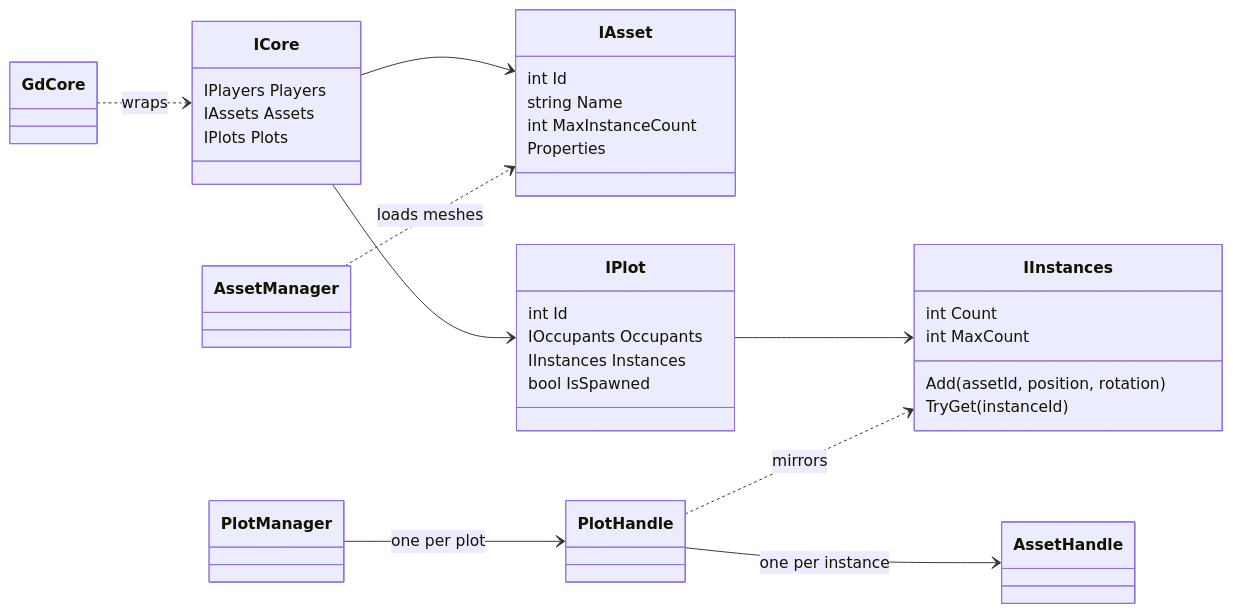
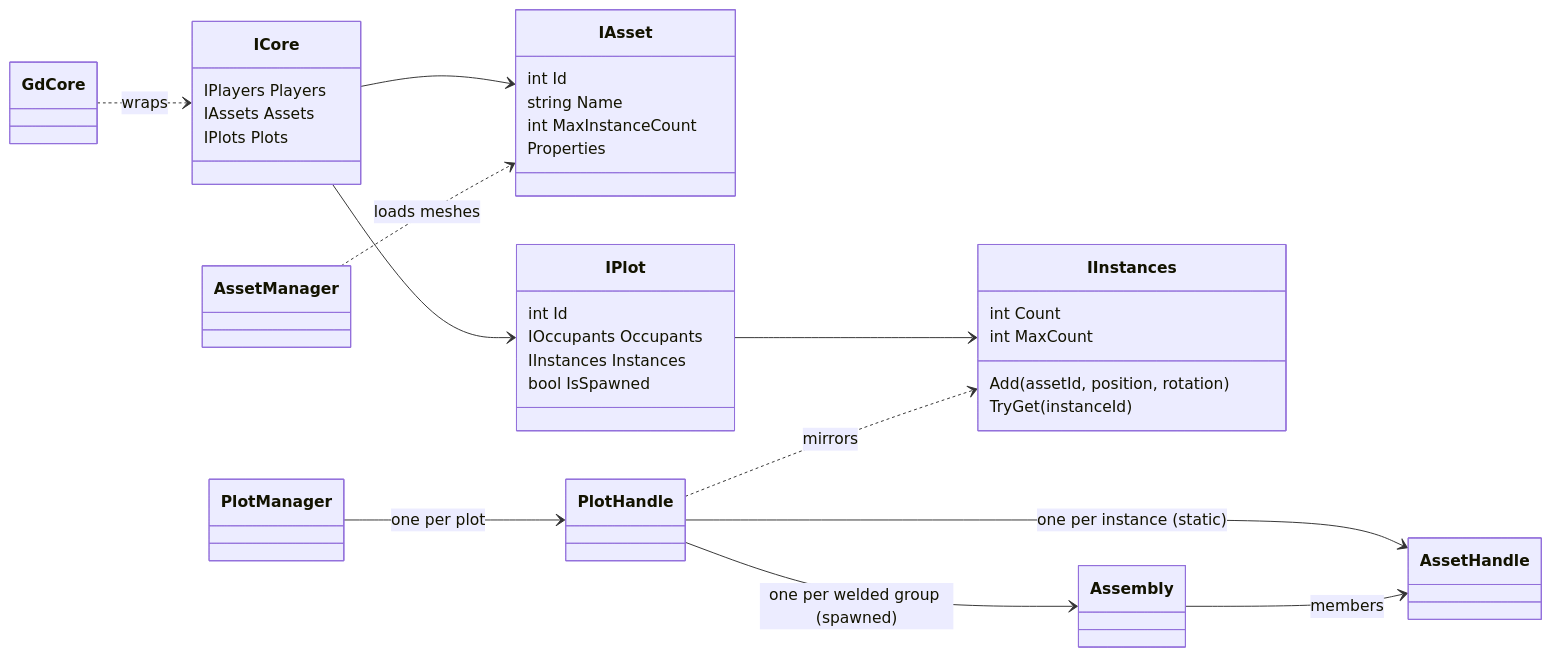
One commit to SubParSuperCar/Ensemble changed the third of 7 diagrams in .github/README.md. Above: the diagram before and after it, drawn with Mermaid. The commit also changed other lines of this file and 2 other files, not shown here.

Commit message:
Document live creations in the introduction, README, and roadmap

````diff
--- a/.github/README.md
+++ b/.github/README.md
@@ -373,41 +376,44 @@
 ```mermaid
 classDiagram
     direction LR
     class ICore {
         IPlayers Players
         IAssets Assets
         IPlots Plots
     }
     class IAsset {
         int Id
         string Name
         int MaxInstanceCount
         Properties
     }
     class IPlot {
         int Id
         IOccupants Occupants
         IInstances Instances
         bool IsSpawned
     }
     class IInstances {
         int Count
         int MaxCount
         Add(assetId, position, rotation)
         TryGet(instanceId)
     }
     class GdCore
     class PlotManager
     class PlotHandle
+    class Assembly
     class AssetManager
     class AssetHandle
 
     ICore --> IAsset
     ICore --> IPlot
     IPlot --> IInstances
     GdCore ..> ICore : wraps
     PlotManager --> PlotHandle : one per plot
-    PlotHandle --> AssetHandle : one per instance
+    PlotHandle --> AssetHandle : one per instance (static)
+    PlotHandle --> Assembly : one per welded group (spawned)
+    Assembly --> AssetHandle : members
     AssetManager ..> IAsset : loads meshes
     PlotHandle ..> IInstances : mirrors
 ```
````
